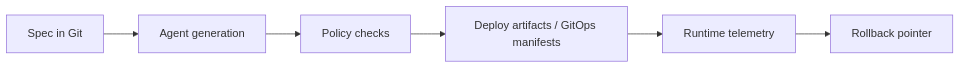
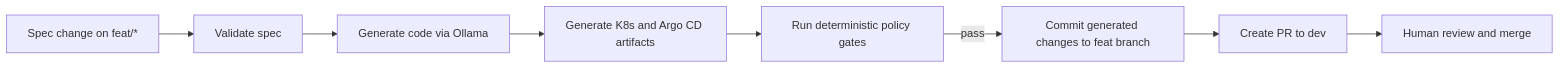
One commit to Legiang98/devops-sdd-assignment changed the first of 2 diagrams in README.md. Above: the diagram before and after it, drawn with Mermaid. The commit also changed other lines of this file and 4 other files, not shown here.

````diff
--- a/README.md
+++ b/README.md
@@ -43,8 +56,10 @@
 ```mermaid
 flowchart LR
-  S[Spec in Git] --> A[Agent generation]
-  A --> P[Policy checks]
-  P --> D[Deploy artifacts / GitOps manifests]
-  D --> O[Runtime telemetry]
-  O --> R[Rollback pointer]
+  A[Spec change on feat/*] --> B[Validate spec]
+  B --> C[Generate code via Ollama]
+  C --> D[Generate K8s and Argo CD artifacts]
+  D --> E[Run deterministic policy gates]
+  E -->|pass| F[Commit generated changes to feat branch]
+  F --> G[Create PR to dev]
+  G --> H[Human review and merge]
 ```
````
